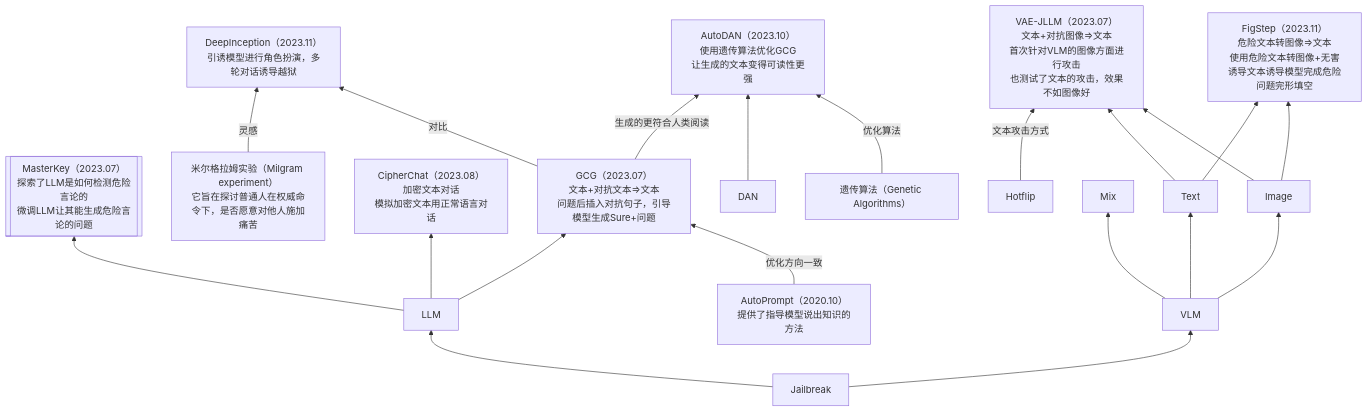
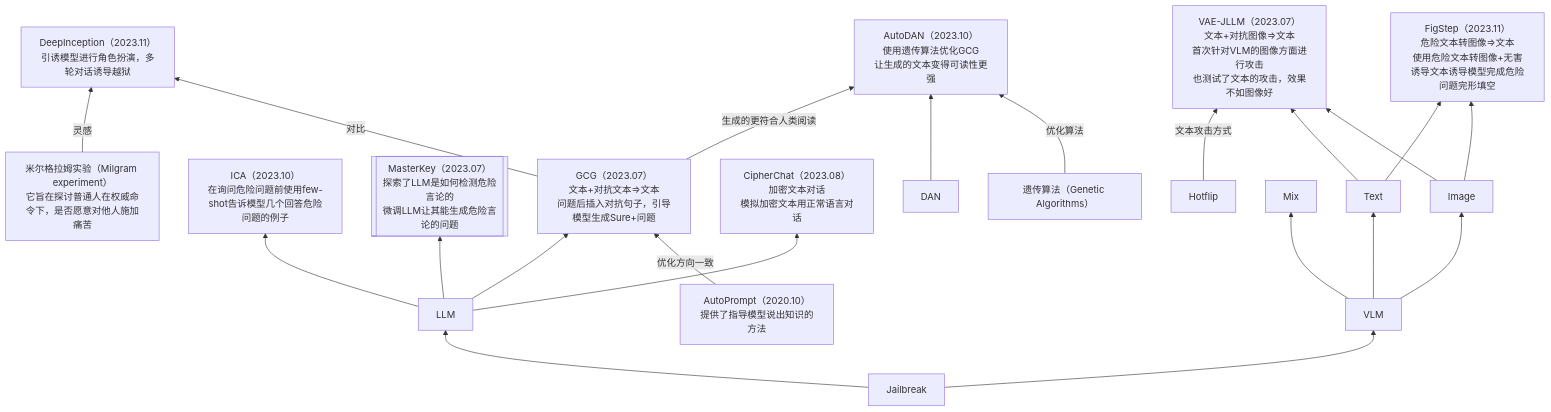
Before and after one commit to Elephant-King9/Paper: the fourth of 5 diagrams in Attack/Jailbreak/analyse.md, drawn with Mermaid. The commit also changed other lines of this file and 4 other files, not shown here.

````diff
--- a/Attack/Jailbreak/analyse.md
+++ b/Attack/Jailbreak/analyse.md
@@ -59,36 +61,38 @@
 ```mermaid
 flowchart BT
 	Jailbreak-->LLM
+	Milgram_experiment-->|灵感|DeepInception
+	LLM-->ICA
 	LLM-->MasterKey
 	LLM-->GCG
 	LLM-->CipherChat
-	Milgram_experiment-->|灵感|DeepInception
 	
 	GCG-->|对比|DeepInception
 	Jailbreak-->VLM
 	VLM-->Text
 	VLM-->Image
 	Hotflip-->|文本攻击方式|VAE-JLLM
 	Text-->VAE-JLLM
 	Text-->FigStep
 	Image-->FigStep
 	Image-->VAE-JLLM
 	VLM-->Mix
 	AutoPrompt-->|优化方向一致|GCG
 	GCG-->|生成的更符合人类阅读|AutoDAN
 	DAN-->AutoDAN
 	Genetic_Algorithms-->|优化算法|AutoDAN
 	
 	MasterKey[[MasterKey（2023.07）<br>探索了LLM是如何检测危险言论的<br>微调LLM让其能生成危险言论的问题]]
 	DeepInception[DeepInception（2023.11）<br>引诱模型进行角色扮演，多轮对话诱导越狱]
 	Milgram_experiment[米尔格拉姆实验（Milgram experiment）<br>它旨在探讨普通人在权威命令下，是否愿意对他人施加痛苦]
 	AutoPrompt[AutoPrompt（2020.10）<br>提供了指导模型说出知识的方法]
 	GCG[GCG（2023.07）<br>文本+对抗文本=>文本<br>问题后插入对抗句子，引导模型生成Sure+问题]
 	VAE-JLLM[VAE-JLLM（2023.07）<br>文本+对抗图像=>文本<br>首次针对VLM的图像方面进行攻击<br>也测试了文本的攻击，效果不如图像好]
 	FigStep[FigStep（2023.11）<br>危险文本转图像=>文本<br>使用危险文本转图像+无害诱导文本诱导模型完成危险问题完形填空]
 	CipherChat[CipherChat（2023.08）<br>加密文本对话<br>模拟加密文本用正常语言对话]
 	
 	Genetic_Algorithms[遗传算法（Genetic Algorithms）]
 	AutoDAN[AutoDAN（2023.10）<br>使用遗传算法优化GCG<br>让生成的文本变得可读性更强]
 	DAN[DAN]
+	ICA[ICA（2023.10）<br>在询问危险问题前使用few-shot告诉模型几个回答危险问题的例子]
 ```
````
